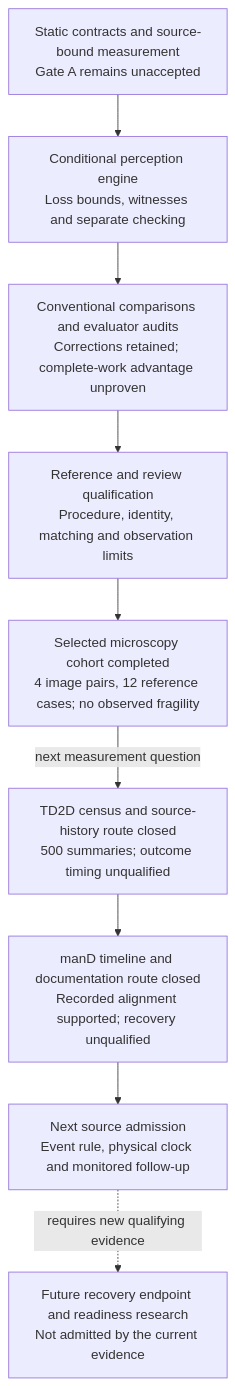
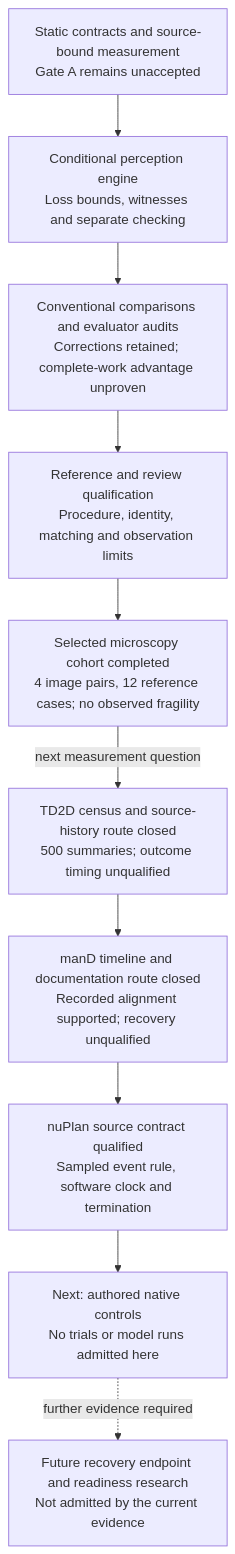
The fifth of 9 diagrams in README.md (manfromnowhere143/reiyah), drawn with Mermaid before and after one commit. The commit also changed other lines of this file and 20 other files, not shown here.

First line of the commit message:
Qualify nuPlan sampled outcomes, clocks and termination

````diff
--- a/README.md
+++ b/README.md
@@ -251,11 +251,12 @@
 ```mermaid
 flowchart TB
   A["Static contracts and source-bound measurement<br/>Gate A remains unaccepted"] --> B["Conditional perception engine<br/>Loss bounds, witnesses and separate checking"]
   B --> C["Conventional comparisons and evaluator audits<br/>Corrections retained; complete-work advantage unproven"]
   C --> D["Reference and review qualification<br/>Procedure, identity, matching and observation limits"]
   D --> E["Selected microscopy cohort completed<br/>4 image pairs, 12 reference cases; no observed fragility"]
   E -- "next measurement question" --> F["TD2D census and source-history route closed<br/>500 summaries; outcome timing unqualified"]
   F --> G["manD timeline and documentation route closed<br/>Recorded alignment supported; recovery unqualified"]
-  G --> H["Next source admission<br/>Event rule, physical clock and monitored follow-up"]
-  H -. "requires new qualifying evidence" .-> I["Future recovery endpoint and readiness research<br/>Not admitted by the current evidence"]
+  G --> H["nuPlan source contract qualified<br/>Sampled event rule, software clock and termination"]
+  H --> J["Next: authored native controls<br/>No trials or model runs admitted here"]
+  J -. "further evidence required" .-> I["Future recovery endpoint and readiness research<br/>Not admitted by the current evidence"]
 ```
````
